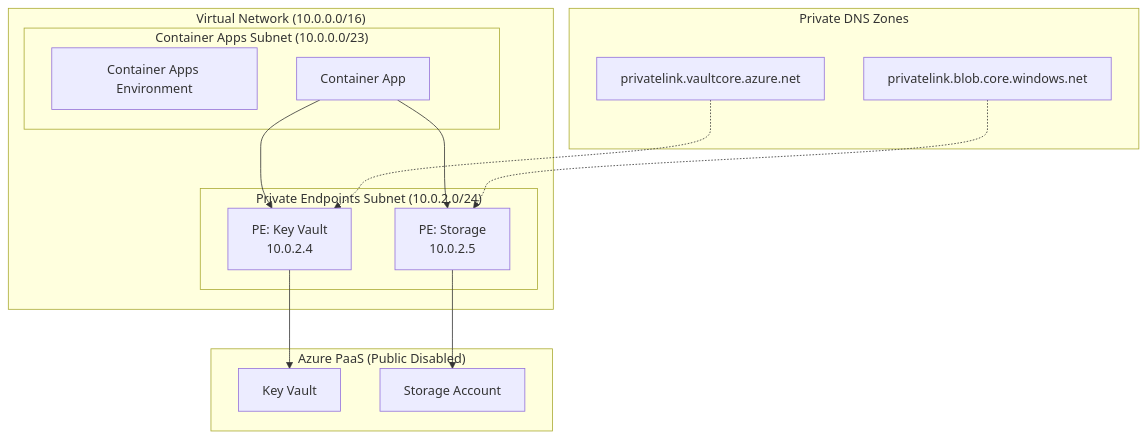
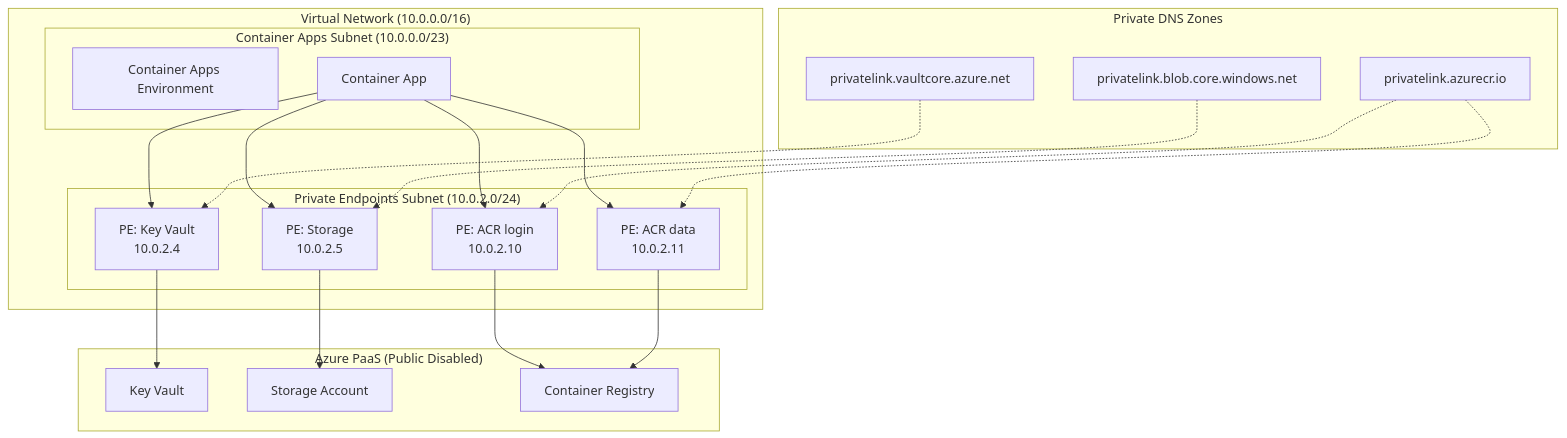
One commit to yeongseon/azure-container-apps-practical-guide changed the second of 2 diagrams in docs/recipes/networking-private-endpoint.md. Above: the diagram before and after it, drawn with Mermaid. The commit also changed other lines of this file and 6 other files, not shown here.

````diff
--- a/docs/recipes/networking-private-endpoint.md
+++ b/docs/recipes/networking-private-endpoint.md
@@ -65,29 +75,37 @@
 ```mermaid
 flowchart TB
     subgraph VNet["Virtual Network (10.0.0.0/16)"]
         subgraph CASubnet["Container Apps Subnet (10.0.0.0/23)"]
             CAE[Container Apps Environment]
             CA[Container App]
         end
         
         subgraph PESubnet["Private Endpoints Subnet (10.0.2.0/24)"]
             PE_KV[PE: Key Vault<br/>10.0.2.4]
             PE_ST[PE: Storage<br/>10.0.2.5]
+            PE_ACR[PE: ACR login<br/>10.0.2.10]
+            PE_ACRDATA[PE: ACR data<br/>10.0.2.11]
         end
     end
     
     subgraph DNS["Private DNS Zones"]
         DNS_KV[privatelink.vaultcore.azure.net]
         DNS_ST[privatelink.blob.core.windows.net]
+        DNS_ACR[privatelink.azurecr.io]
     end
     
     subgraph Services["Azure PaaS (Public Disabled)"]
         KV[Key Vault]
         ST[Storage Account]
+        ACR[Container Registry]
     end
     
     CA --> PE_KV --> KV
     CA --> PE_ST --> ST
+    CA --> PE_ACR --> ACR
+    CA --> PE_ACRDATA --> ACR
     DNS_KV -.-> PE_KV
     DNS_ST -.-> PE_ST
+    DNS_ACR -.-> PE_ACR
+    DNS_ACR -.-> PE_ACRDATA
 ```
````
